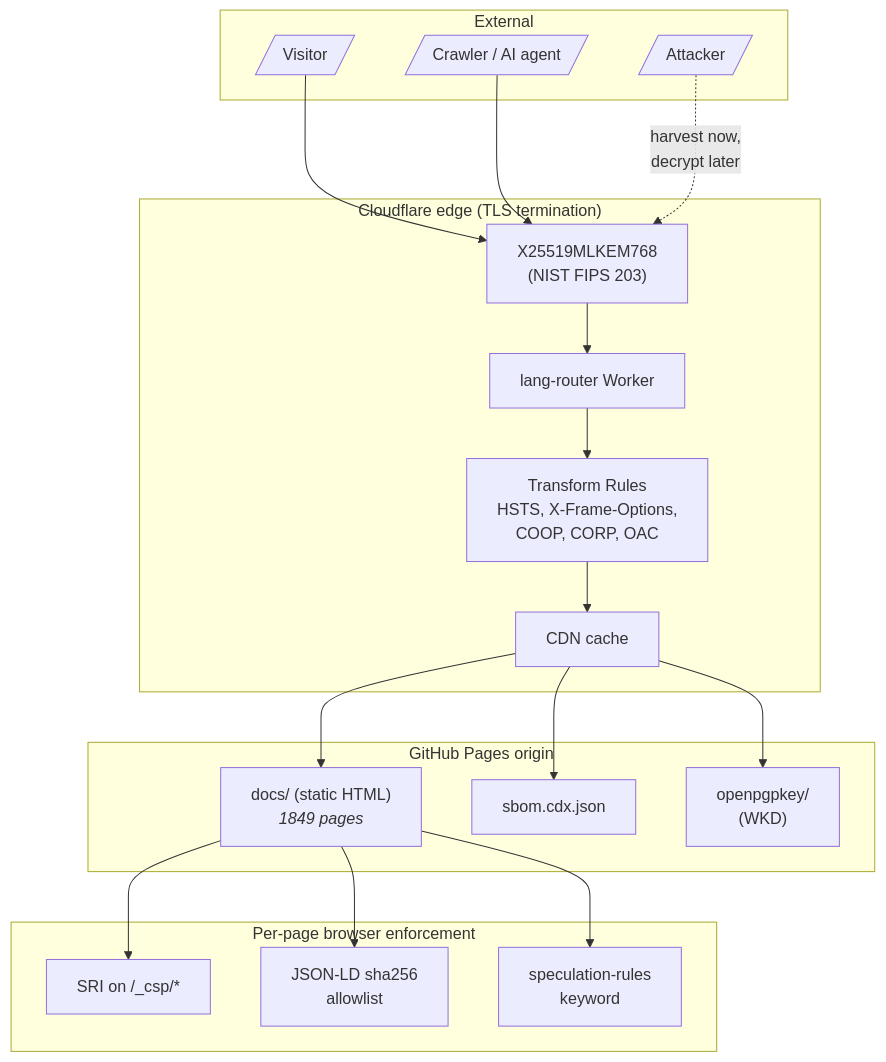
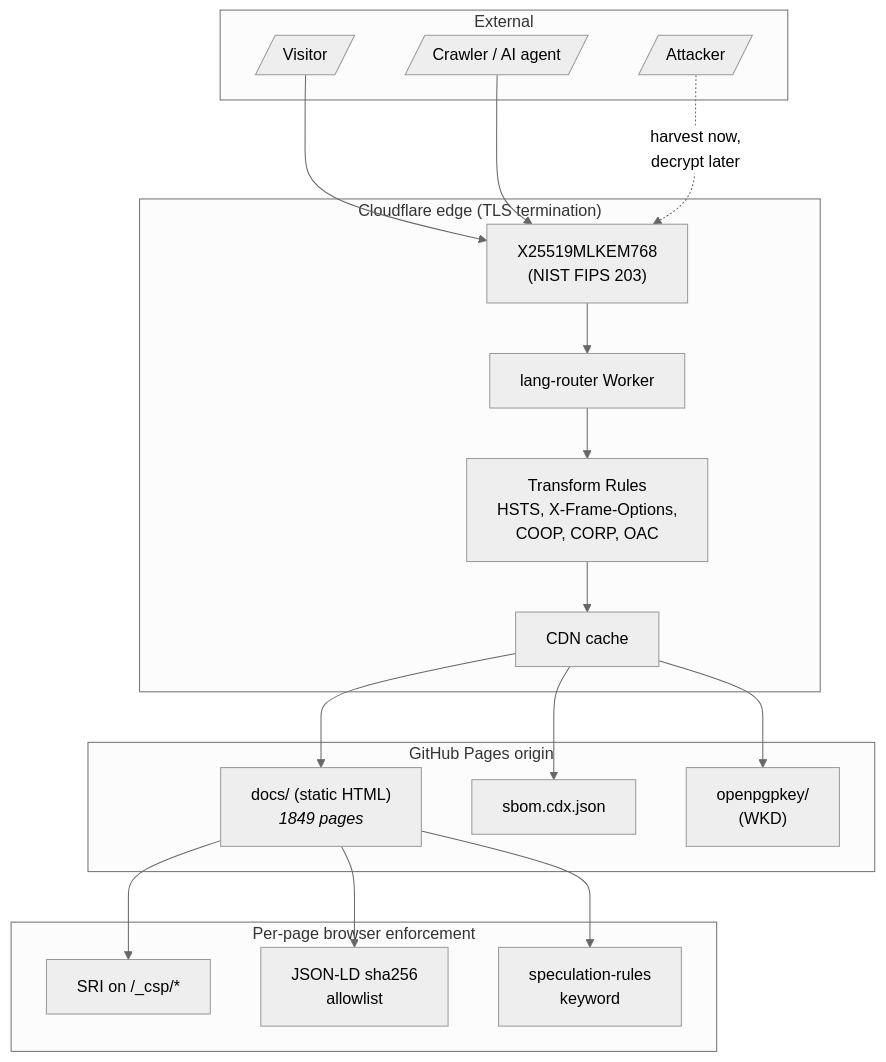
One commit to sebastienrousseau/sebastienrousseau.github.io changed the fifth of 6 diagrams in README.md. Above: the diagram before and after it, drawn with Mermaid. The commit also changed other lines of this file and 6 other files, not shown here.

First line of the commit message:
docs: clean Mermaid diagrams — neutral theme, no emoji, restructured long flows

````diff
--- a/README.md
+++ b/README.md
@@ -433,40 +447,41 @@
 ```mermaid
+%%{init: {'theme':'neutral'} }%%
 graph TB
-    subgraph EXT["External"]
-        V[/"Visitor"/]
-        CR[/"Crawler / AI agent"/]
-        ATK[/"Attacker"/]
-    end
+ subgraph EXT["External"]
+ V[/"Visitor"/]
+ CR[/"Crawler / AI agent"/]
+ ATK[/"Attacker"/]
+ end
 
-    subgraph EDGE["Cloudflare edge (TLS termination)"]
-        CFW["lang-router Worker"]
-        TR["Transform Rules<br/>HSTS, X-Frame-Options,<br/>COOP, CORP, OAC"]
-        CDN["CDN cache"]
-        PQ["X25519MLKEM768<br/>(NIST FIPS 203)"]
-    end
+ subgraph EDGE["Cloudflare edge (TLS termination)"]
+ CFW["lang-router Worker"]
+ TR["Transform Rules<br/>HSTS, X-Frame-Options,<br/>COOP, CORP, OAC"]
+ CDN["CDN cache"]
+ PQ["X25519MLKEM768<br/>(NIST FIPS 203)"]
+ end
 
-    subgraph ORIG["GitHub Pages origin"]
-        H["docs/ (static HTML)<br/><i>1849 pages</i>"]
-        SBOM["sbom.cdx.json"]
-        WKD["openpgpkey/<br/>(WKD)"]
-    end
+ subgraph ORIG["GitHub Pages origin"]
+ H["docs/ (static HTML)<br/><i>1849 pages</i>"]
+ SBOM["sbom.cdx.json"]
+ WKD["openpgpkey/<br/>(WKD)"]
+ end
 
-    subgraph CSP["Per-page browser enforcement"]
-        SRI["SRI on /_csp/*"]
-        JSONLD["JSON-LD sha256<br/>allowlist"]
-        SR["speculation-rules<br/>keyword"]
-    end
+ subgraph CSP["Per-page browser enforcement"]
+ SRI["SRI on /_csp/*"]
+ JSONLD["JSON-LD sha256<br/>allowlist"]
+ SR["speculation-rules<br/>keyword"]
+ end
 
-    V --> PQ
-    CR --> PQ
-    ATK -.->|harvest now,<br/>decrypt later| PQ
-    PQ --> CFW
-    CFW --> TR
-    TR --> CDN
-    CDN --> H
-    CDN --> SBOM
-    CDN --> WKD
-    H --> SRI
-    H --> JSONLD
-    H --> SR
+ V --> PQ
+ CR --> PQ
+ ATK -.->|harvest now,<br/>decrypt later| PQ
+ PQ --> CFW
+ CFW --> TR
+ TR --> CDN
+ CDN --> H
+ CDN --> SBOM
+ CDN --> WKD
+ H --> SRI
+ H --> JSONLD
+ H --> SR
 ```
````
